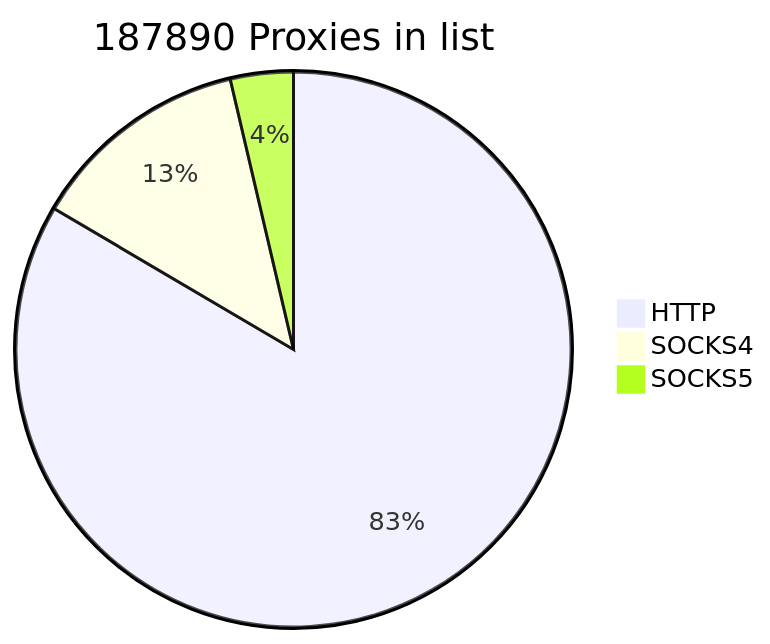
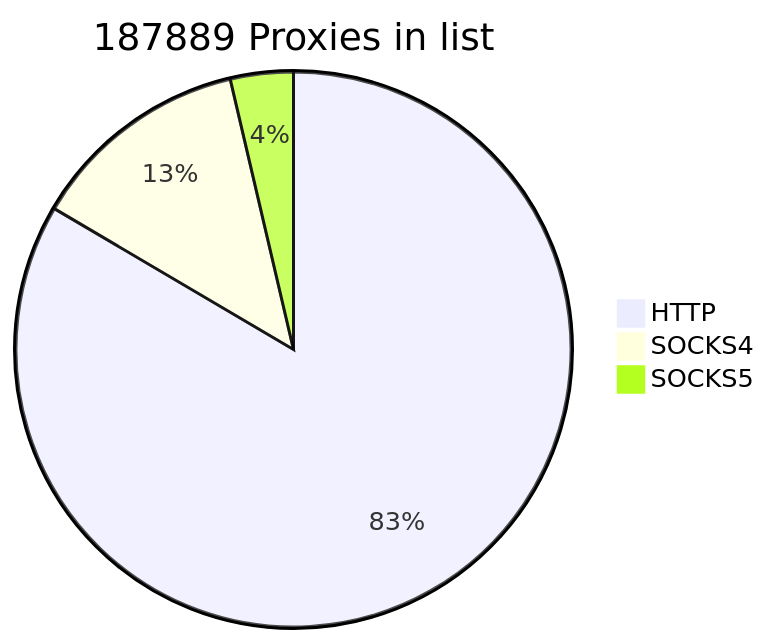
The first of 2 diagrams in README.md (cutipu/proxylist), drawn with Mermaid before and after one commit. The commit also changed other lines of this file, not shown here.

````diff
--- a/README.md
+++ b/README.md
@@ -2,7 +2,7 @@
 ```mermaid
-pie title 187890 Proxies in list
+pie title 187889 Proxies in list
     "HTTP" : 156834
     "SOCKS4" : 24182
-    "SOCKS5" : 6874
+    "SOCKS5" : 6873
             
 ```
````
